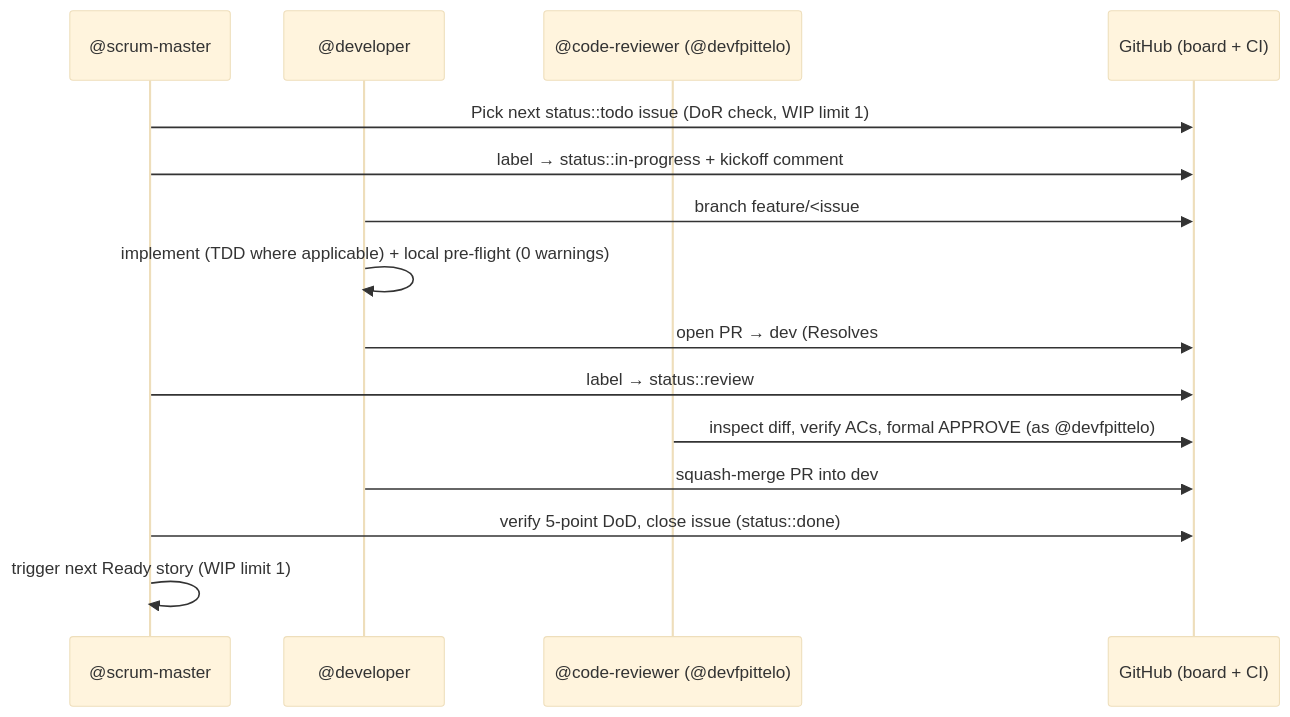
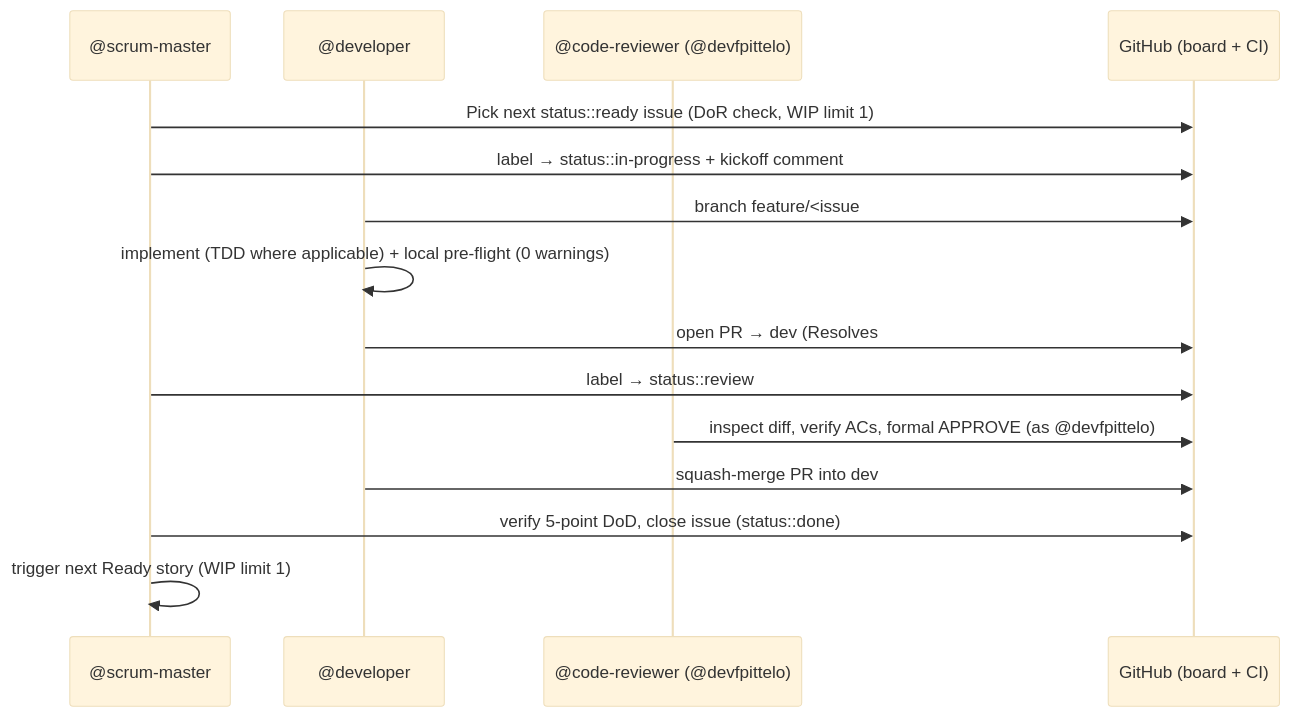
Before and after one commit to fpittelo/opencode-home-config: the diagram in docs/architecture/arc42/06-runtime-view.md, drawn with Mermaid (base theme). The commit also changed other lines of this file and 18 other files, not shown here.

````diff
--- a/docs/architecture/arc42/06-runtime-view.md
+++ b/docs/architecture/arc42/06-runtime-view.md
@@ -9,18 +9,18 @@
 ```mermaid
 sequenceDiagram
     participant SM as @scrum-master
     participant DEV as @developer
     participant CR as @code-reviewer (@devfpittelo)
     participant GH as GitHub (board + CI)
 
-    SM->>GH: Pick next status::todo issue (DoR check, WIP limit 1)
+    SM->>GH: Pick next status::ready issue (DoR check, WIP limit 1)
     SM->>GH: label → status::in-progress + kickoff comment
     DEV->>GH: branch feature/<issue#>-<slug> off dev
     DEV->>DEV: implement (TDD where applicable) + local pre-flight (0 warnings)
     DEV->>GH: open PR → dev (Resolves #N)
     SM->>GH: label → status::review
     CR->>GH: inspect diff, verify ACs, formal APPROVE (as @devfpittelo)
     DEV->>GH: squash-merge PR into dev
     SM->>GH: verify 5-point DoD, close issue (status::done)
     SM->>SM: trigger next Ready story (WIP limit 1)
 ```
````
